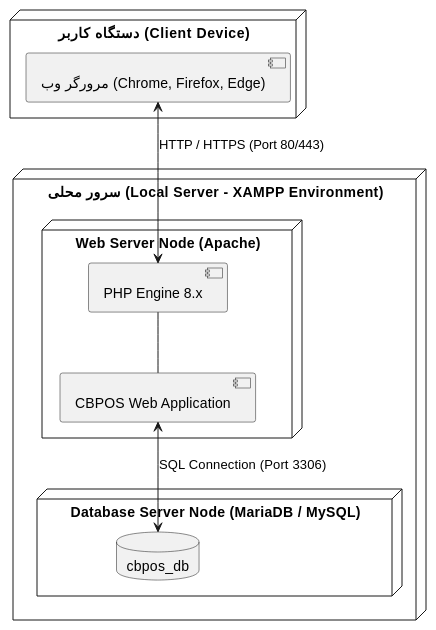
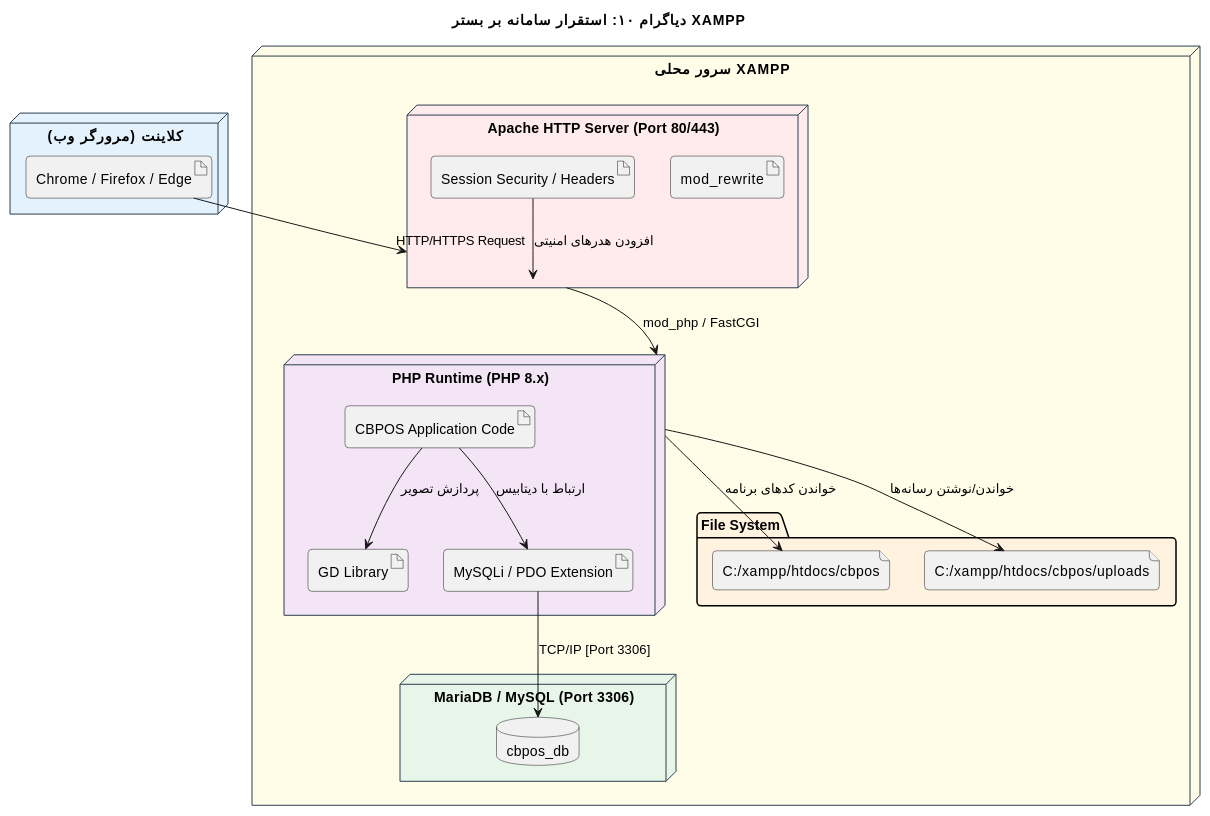
One commit to Silent-Galaxy/cbpos changed the tenth of 10 diagrams in readme.md. Above: the diagram before and after it, drawn with PlantUML. The commit also changed other lines of this file, not shown here.

````diff
--- a/readme.md
+++ b/readme.md
@@ -403,22 +1125,47 @@
 ```plantuml
 @startuml
-node "دستگاه کاربر (Client Device)" {
-    component "مرورگر وب (Chrome, Firefox, Edge)" as Browser
+title دیاگرام ۱۰: استقرار سامانه بر بستر XAMPP
+skinparam roundcorner 8
+skinparam shadowing false
+skinparam defaultFontName "Arial"
+skinparam node {
+  BackgroundColor #F8F9FA
+  BorderColor #2C3E50
 }
 
-node "سرور محلی (Local Server - XAMPP Environment)" {
-    node "Web Server Node (Apache)" {
-        component "PHP Engine 8.x" as PHP
-        component "CBPOS Web Application" as App
-    }
-    
-    node "Database Server Node (MariaDB / MySQL)" {
-        database "cbpos_db" as DB
-    }
+node "کلاینت (مرورگر وب)" as Client #E3F2FD {
+  artifact "Chrome / Firefox / Edge" as Browser
 }
 
-Browser <--> PHP : HTTP / HTTPS (Port 80/443)
-PHP -- App
-App <--> DB : SQL Connection (Port 3306)
+node "سرور محلی XAMPP" as Server #FFFDE7 {
+  node "Apache HTTP Server (Port 80/443)" as Apache #FFEBEE {
+    artifact "mod_rewrite" as Rewrite
+    artifact "Session Security / Headers" as Security
+  }
+
+  node "PHP Runtime (PHP 8.x)" as PHP #F3E5F5 {
+    artifact "GD Library" as GD
+    artifact "MySQLi / PDO Extension" as Driver
+    artifact "CBPOS Application Code" as App
+  }
+
+  node "MariaDB / MySQL (Port 3306)" as DBNode #E8F5E9 {
+    database "cbpos_db" as Schema
+  }
+
+  folder "File System" #FFF3E0 {
+    file "C:/xampp/htdocs/cbpos" as AppDir
+    file "C:/xampp/htdocs/cbpos/uploads" as UploadDir
+  }
+}
+
+Browser --> Apache : HTTP/HTTPS Request
+Apache --> PHP : mod_php / FastCGI
+App --> GD : پردازش تصویر
+App --> Driver : ارتباط با دیتابیس
+Driver --> Schema : TCP/IP [Port 3306]
+PHP --> AppDir : خواندن کدهای برنامه
+PHP --> UploadDir : خواندن/نوشتن رسانه‌ها
+Security --> Apache : افزودن هدرهای امنیتی
 @enduml
 ```
````
